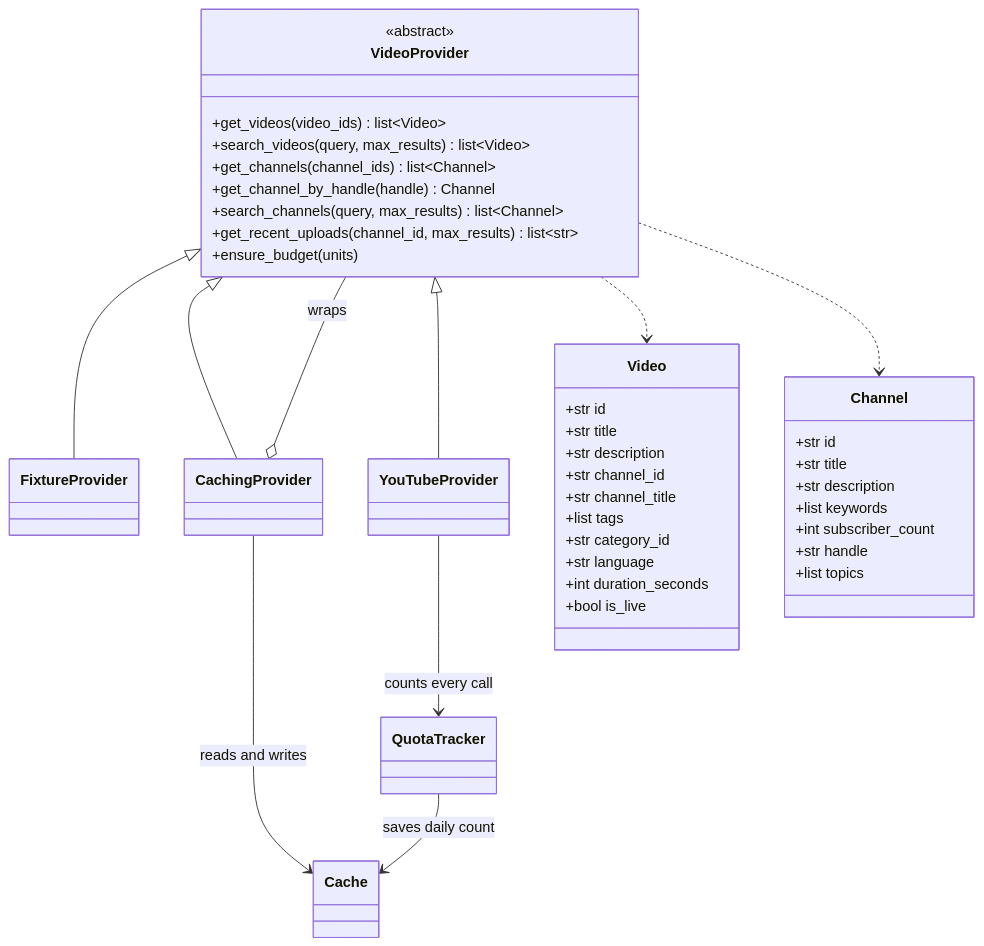
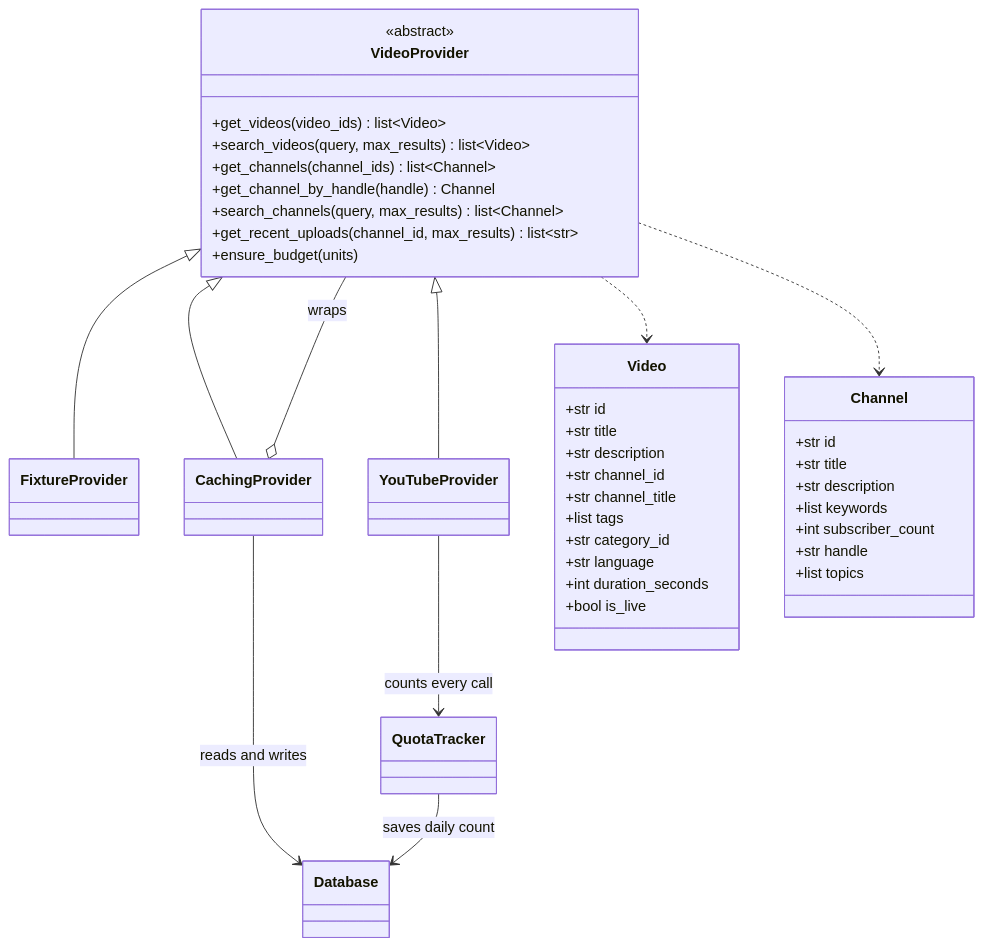
The first of 4 diagrams in docs/Areas/Design Classes.md (Chris-ops4573/Youtube_MCP_Server), drawn with Mermaid before and after one commit. The commit also changed other lines of this file and 22 other files, not shown here.

Commit message:
refactor: rename cache.py to database.py

````diff
--- a/docs/Areas/Design Classes.md
+++ b/docs/Areas/Design Classes.md
@@ -9,48 +9,48 @@
 ```mermaid
 classDiagram
   class VideoProvider {
     <<abstract>>
     +get_videos(video_ids) list~Video~
     +search_videos(query, max_results) list~Video~
     +get_channels(channel_ids) list~Channel~
     +get_channel_by_handle(handle) Channel
     +search_channels(query, max_results) list~Channel~
     +get_recent_uploads(channel_id, max_results) list~str~
     +ensure_budget(units)
   }
   class FixtureProvider
   class YouTubeProvider
   class CachingProvider
-  class Cache
+  class Database
   class QuotaTracker
   class Video {
     +str id
     +str title
     +str description
     +str channel_id
     +str channel_title
     +list tags
     +str category_id
     +str language
     +int duration_seconds
     +bool is_live
   }
   class Channel {
     +str id
     +str title
     +str description
     +list keywords
     +int subscriber_count
     +str handle
     +list topics
   }
   VideoProvider <|-- FixtureProvider
   VideoProvider <|-- YouTubeProvider
   VideoProvider <|-- CachingProvider
   CachingProvider o-- VideoProvider : wraps
-  CachingProvider --> Cache : reads and writes
+  CachingProvider --> Database : reads and writes
   YouTubeProvider --> QuotaTracker : counts every call
-  QuotaTracker --> Cache : saves daily count
+  QuotaTracker --> Database : saves daily count
   VideoProvider ..> Video
   VideoProvider ..> Channel
 ```
````
